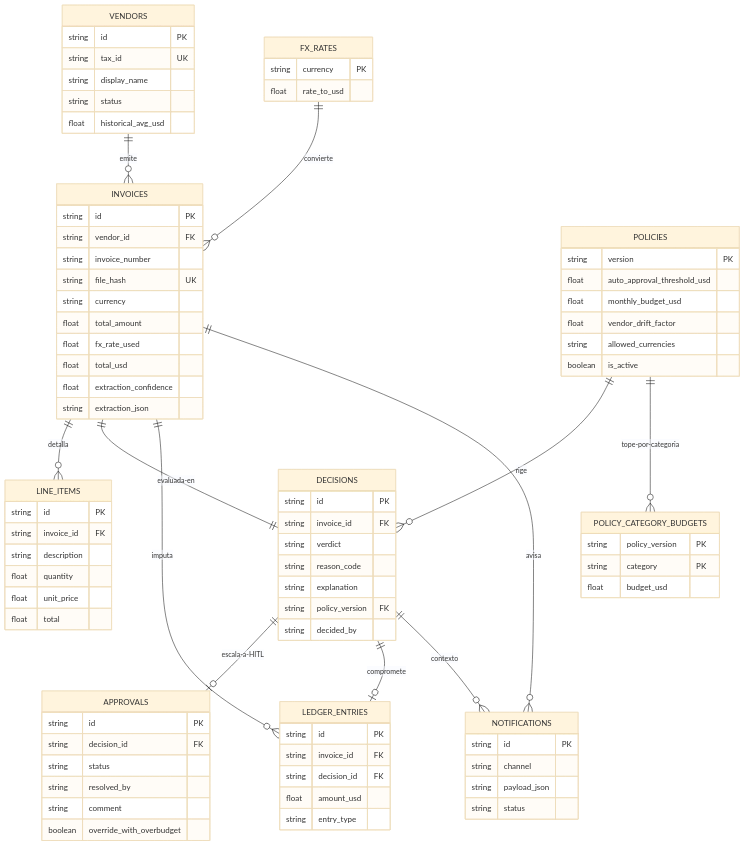
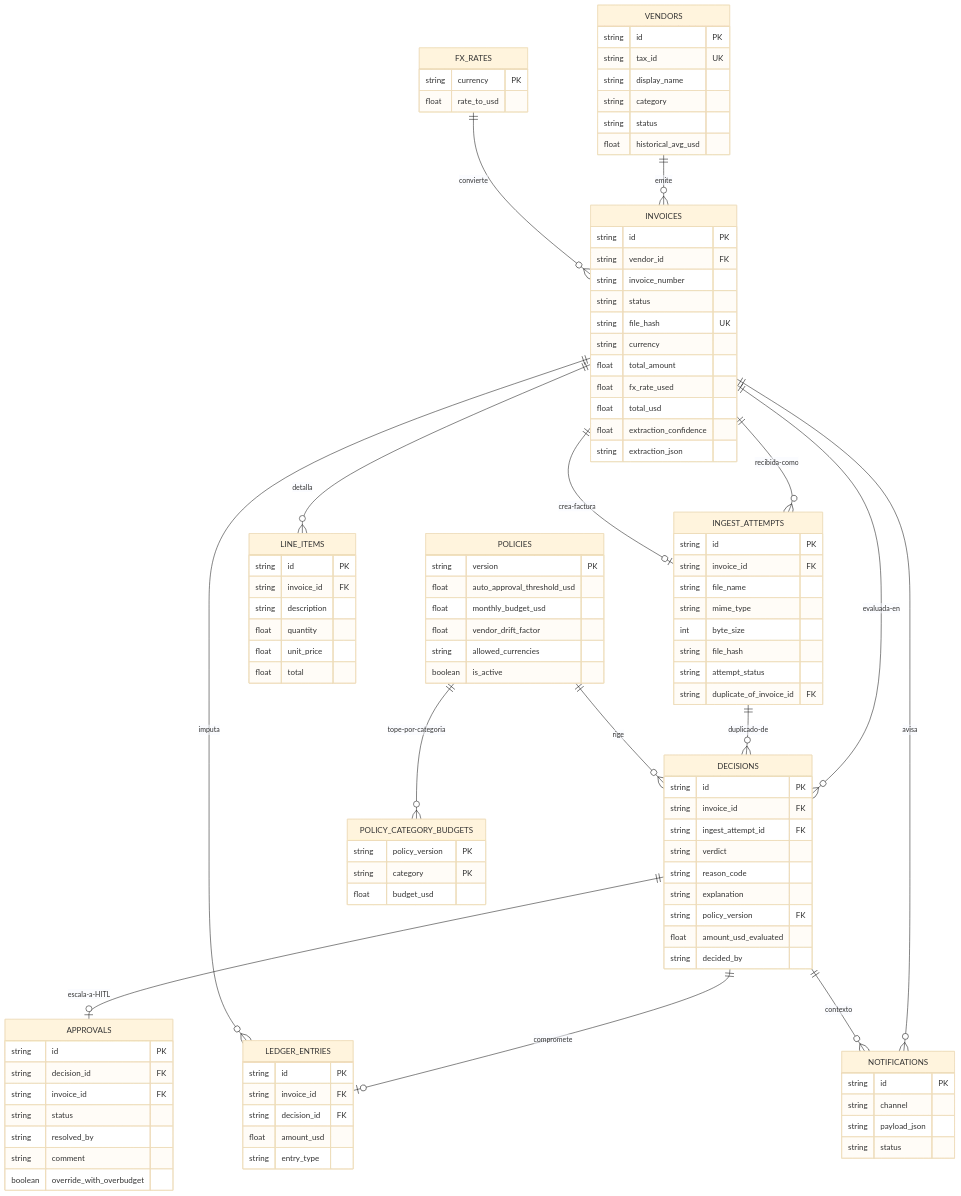
Before and after one commit to d4sf/faktur: the diagram in docs/propuesta_modelo_ER_faktur.md, drawn with Mermaid (base theme). The commit also changed other lines of this file and 2 other files, not shown here.

First line of the commit message:
docs: update er model for ingest attempts and vendor category

````diff
--- a/docs/propuesta_modelo_ER_faktur.md
+++ b/docs/propuesta_modelo_ER_faktur.md
@@ -165,8 +219,11 @@
 ```mermaid
 erDiagram
-    VENDORS ||--o{ INVOICES : "emite" 
+    VENDORS ||--o{ INVOICES : "emite"
+    INVOICES ||--o{ INGEST_ATTEMPTS : "recibida-como"
+    INGEST_ATTEMPTS o|--|| INVOICES : "crea-factura"
     INVOICES ||--o{ LINE_ITEMS : "detalla"
-    INVOICES ||--|| DECISIONS : "evaluada-en"
+    INVOICES ||--o{ DECISIONS : "evaluada-en"
+    INGEST_ATTEMPTS ||--o{ DECISIONS : "duplicado-de"
     POLICIES ||--o{ DECISIONS : "rige"
     POLICIES ||--o{ POLICY_CATEGORY_BUDGETS : "tope-por-categoria"
     DECISIONS ||--o| APPROVALS : "escala-a-HITL"
@@ -180,6 +237,7 @@
         string id PK
         string tax_id UK
         string display_name
+        string category
         string status
         float historical_avg_usd
     }
@@ -187,6 +245,7 @@
         string id PK
         string vendor_id FK
         string invoice_number
+        string status
         string file_hash UK
         string currency
         float total_amount
@@ -194,6 +253,16 @@
         float total_usd
         float extraction_confidence
         string extraction_json
+    }
+    INGEST_ATTEMPTS {
+        string id PK
+        string invoice_id FK
+        string file_name
+        string mime_type
+        int byte_size
+        string file_hash
+        string attempt_status
+        string duplicate_of_invoice_id FK
     }
     LINE_ITEMS {
         string id PK
@@ -223,15 +292,18 @@
     DECISIONS {
         string id PK
         string invoice_id FK
+        string ingest_attempt_id FK
         string verdict
         string reason_code
         string explanation
         string policy_version FK
+        float amount_usd_evaluated
         string decided_by
     }
     APPROVALS {
         string id PK
         string decision_id FK
+        string invoice_id FK
         string status
         string resolved_by
         string comment
````
